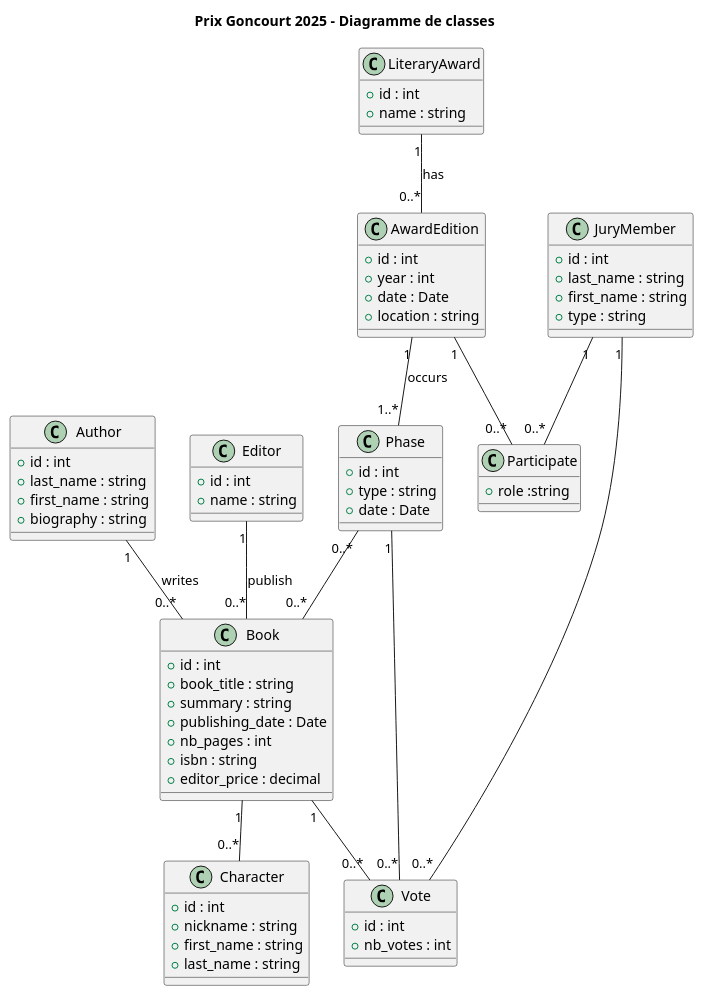
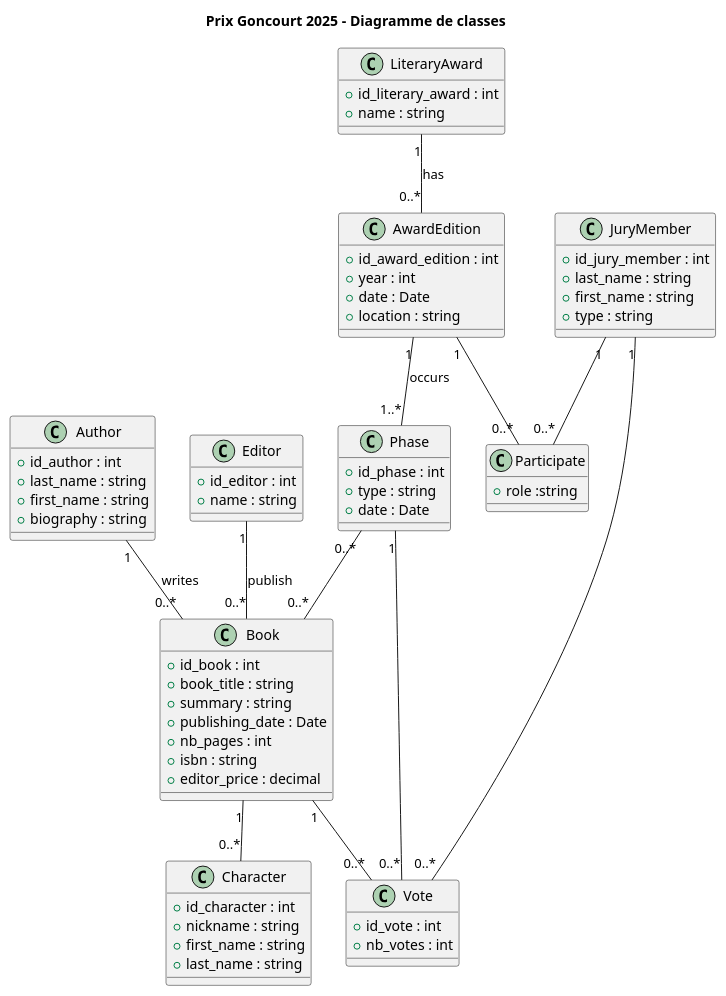
Before and after one commit to remicampistron512/goncourt-app: the diagram in docs/uml/classes.puml, drawn with PlantUML.

Commit message:
Remplacement des propriétés id par des noms plus parlants

```diff
--- a/docs/uml/classes.puml
+++ b/docs/uml/classes.puml
@@ -1,104 +1,104 @@
 @startuml
 title Prix Goncourt 2025 - Diagramme de classes
 
 ' ======================
 '        CLASSES
 ' ======================
 
 class Author {
-  +id : int
+  +id_author : int
   +last_name : string
   +first_name : string
   +biography : string
 }
 
 class JuryMember {
-  +id : int
+  +id_jury_member : int
   +last_name : string
   +first_name : string
   +type : string
 }
 
 class Editor {
-  +id : int
+  +id_editor : int
   +name : string
 }
 
 class LiteraryAward {
-  +id : int
+  +id_literary_award : int
   +name : string
 }
 
 class AwardEdition {
-  +id : int
+  +id_award_edition : int
   +year : int
   +date : Date
   +location : string
 }
 
 class Book {
-  +id : int
+  +id_book : int
   +book_title : string
   +summary : string
   +publishing_date : Date
   +nb_pages : int
   +isbn : string
   +editor_price : decimal
 }
 
 class Character {
-  +id : int
+  +id_character : int
   +nickname : string
   +first_name : string
   +last_name : string
 }
 
 class Phase {
-  +id : int
+  +id_phase : int
   +type : string
   +date : Date
 }
 
 class Participate {
     +role :string
 }
 
 class Vote {
-  +id : int
+  +id_vote : int
   +nb_votes : int
 }
 
 ' ======================
 '    ASSOCIATIONS
 ' ======================
 
 ' Livre – Auteur : un auteur écrit plusieurs livres
 Author "1" -- "0..*" Book : writes
 
 ' Livre – Editeur : un éditeur publie plusieurs livres
 Editor "1" -- "0..*" Book : publish
 
 ' PrixLitteraire – EditionPrix : un prix a plusieurs éditions
 LiteraryAward "1" -- "0..*" AwardEdition : has
 
 ' EditionPrix – Phase : une édition se compose de plusieurs phases
 AwardEdition "1" -- "1..*" Phase : occurs
 
 ' EditionPrix – MembreJury : participation via Participe
 JuryMember "1" -- "0..*" Participate
 AwardEdition "1" -- "0..*" Participate
 
 ' Phase – Livre : sélection des livres
 Phase "0..*" -- "0..*" Book
 
 ' Vote - comptage des votes '
 JuryMember "1" -- "0..*" Vote
 Phase "1" -- "0..*" Vote
 Book "1" -- "0..*" Vote
 
 ' Livre – Personnage : un livre a plusieurs personnages principaux
 Book "1" -- "0..*" Character
 
 
 
 @enduml
```
